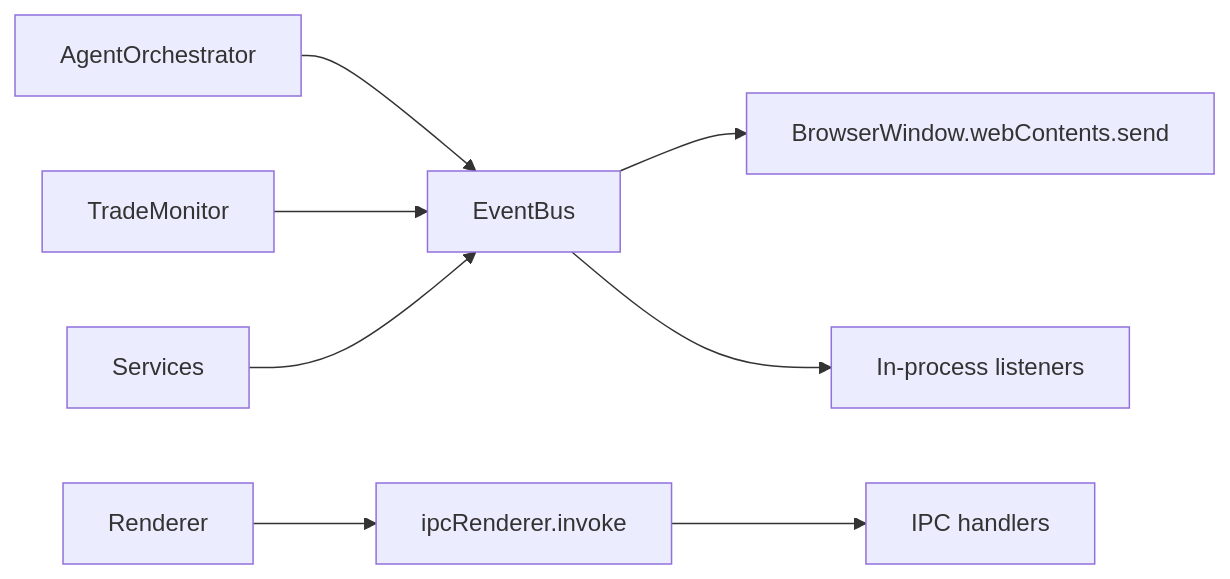
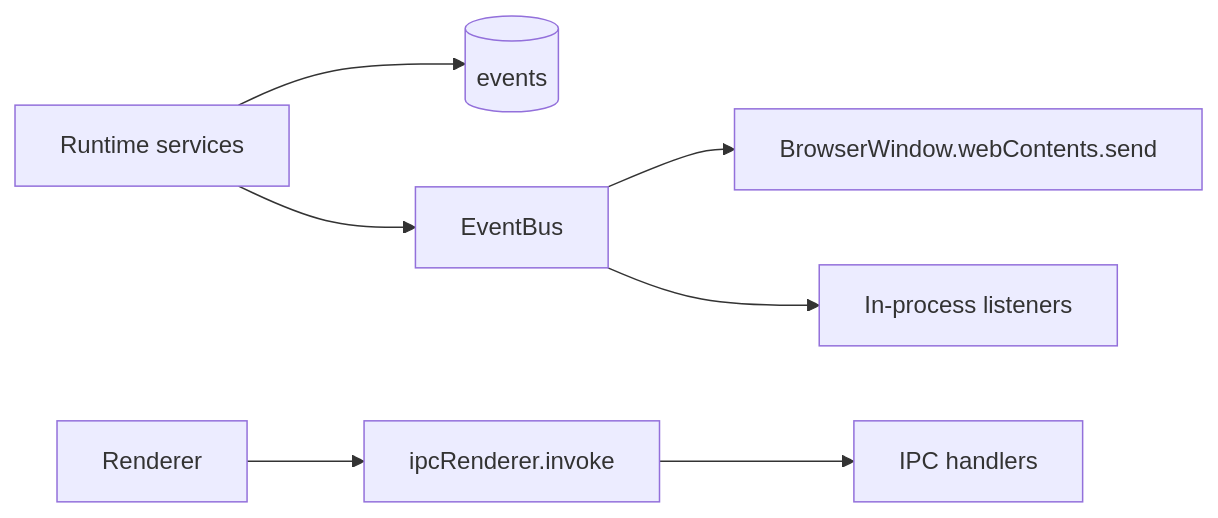
Diagram 12 of 14 in docs/architecture/ai-runtime.md (KennethAtchon/Exva), drawn with Mermaid before and after one commit. The commit also changed other lines of this file and 11 other files, not shown here.

````diff
--- a/docs/architecture/ai-runtime.md
+++ b/docs/architecture/ai-runtime.md
@@ -578,9 +455,8 @@
 ```mermaid
 graph LR
-    AO["AgentOrchestrator"] --> EB["EventBus"]
-    TM["TradeMonitor"] --> EB
-    Services["Services"] --> EB
-    EB --> Windows["BrowserWindow.webContents.send"]
-    EB --> Listeners["In-process listeners"]
+    Runtime["Runtime services"] --> EventsRepo[("events")]
+    Runtime --> Bus["EventBus"]
+    Bus --> Windows["BrowserWindow.webContents.send"]
+    Bus --> Listeners["In-process listeners"]
     Renderer["Renderer"] --> IPC["ipcRenderer.invoke"] --> Handlers["IPC handlers"]
 ```
````
